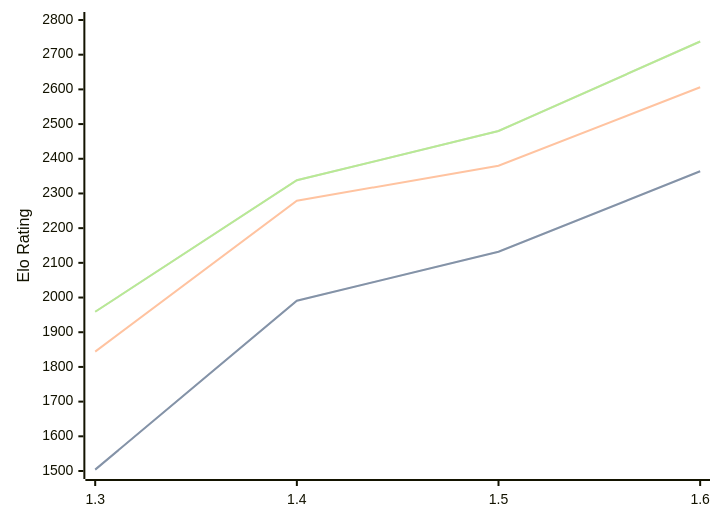
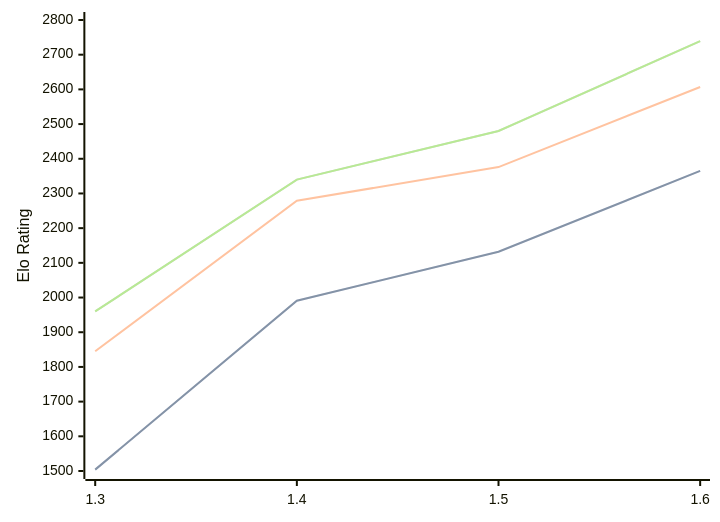
Before and after one commit to computer-chess-index/cci: the diagram in engines/Facon.md, drawn with Mermaid. The commit also changed other lines of this file, not shown here.

Commit message:
Update CCI Ratings (ELO VLTC) - 2026-07-23

````diff
--- a/engines/Facon.md
+++ b/engines/Facon.md
@@ -37,11 +37,11 @@
 ```mermaid
 %%{init: {"theme":"base","themeVariables":{"seriesColors:['#a3a3a3','#222221','#faa371']}}}%%
 xychart-beta
   x-axis ["1.3", "1.4", "1.5", "1.6"]
   y-axis "Elo Rating" 1500 --> 2800
-  line "STC (8.0+0.08s)" [1504, 1991, 2132, 2364]
-  line "STC (8.0+0.08s)" [1504, 1991, 2132, 2364]
-  line "LTC (60.0+0.60s)" [1844, 2279, 2380, 2606]
-  line "VLTC (2m24s+1.12s)" [1959, 2338, 2480, 2738]
-  line "VLTC (2m24s+1.12s)" [1959, 2338, 2480, 2738]
+  line "STC (8.0+0.08s)" [1504, 1991, 2132, 2365]
+  line "STC (8.0+0.08s)" [1504, 1991, 2132, 2365]
+  line "LTC (60.0+0.60s)" [1845, 2279, 2376, 2607]
+  line "VLTC (2m24s+1.12s)" [1960, 2340, 2480, 2739]
+  line "VLTC (2m24s+1.12s)" [1960, 2340, 2480, 2739]
 ```
````
